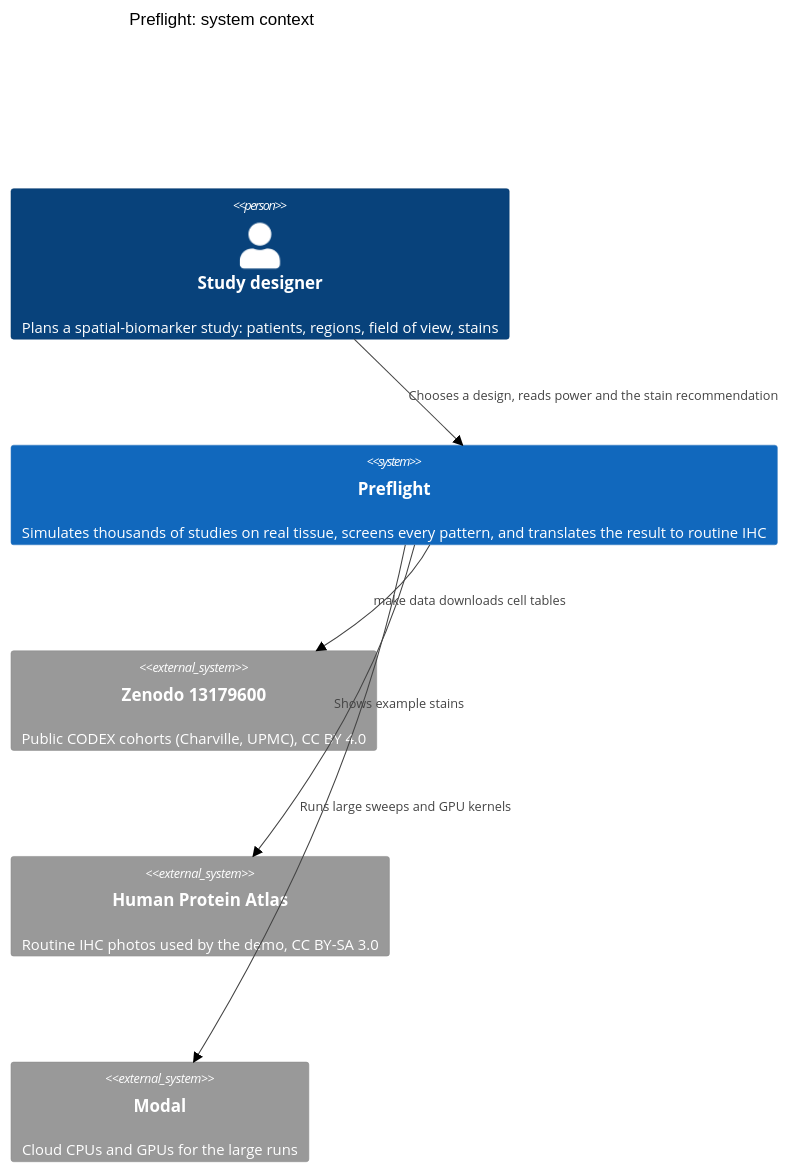
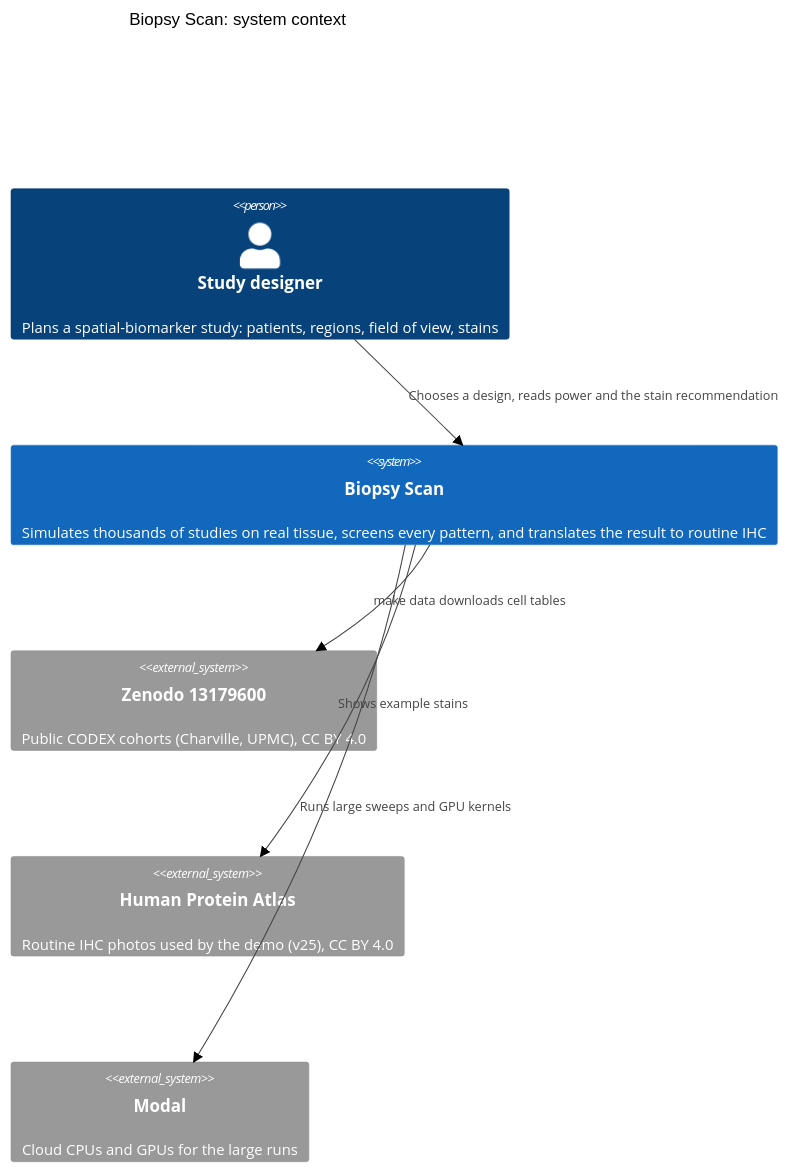
The first of 3 diagrams in ARCHITECTURE.md (atiladeokegab/biopsy-scan), drawn with Mermaid (neutral theme) before and after one commit. The commit also changed other lines of this file and 56 other files, not shown here.

First line of the commit message:
oss-prep: rename to Biopsy Scan, address review on ed8a5f5

````diff
--- a/ARCHITECTURE.md
+++ b/ARCHITECTURE.md
@@ -11,13 +11,13 @@
 ```mermaid
 C4Context
-  title Preflight: system context
+  title Biopsy Scan: system context
   Person(researcher, "Study designer", "Plans a spatial-biomarker study: patients, regions, field of view, stains")
-  System(preflight, "Preflight", "Simulates thousands of studies on real tissue, screens every pattern, and translates the result to routine IHC")
+  System(preflight, "Biopsy Scan", "Simulates thousands of studies on real tissue, screens every pattern, and translates the result to routine IHC")
   System_Ext(zenodo, "Zenodo 13179600", "Public CODEX cohorts (Charville, UPMC), CC BY 4.0")
-  System_Ext(hpa, "Human Protein Atlas", "Routine IHC photos used by the demo, CC BY-SA 3.0")
+  System_Ext(hpa, "Human Protein Atlas", "Routine IHC photos used by the demo (v25), CC BY 4.0")
   System_Ext(modal, "Modal", "Cloud CPUs and GPUs for the large runs")
   Rel(researcher, preflight, "Chooses a design, reads power and the stain recommendation")
   Rel(preflight, zenodo, "make data downloads cell tables")
   Rel(preflight, modal, "Runs large sweeps and GPU kernels")
   Rel(preflight, hpa, "Shows example stains")
 ```
````
